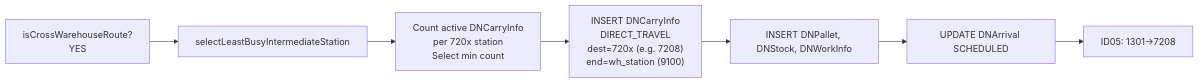
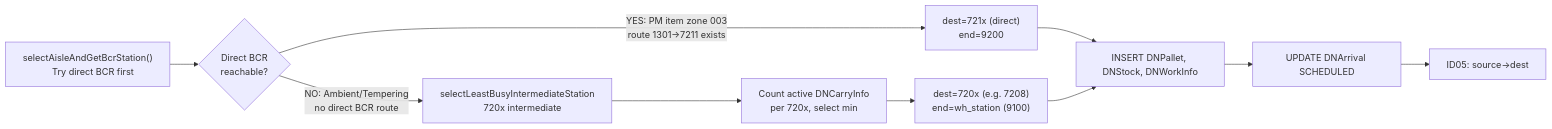
Before and after one commit to luthfiadityaa/SimeDarby-Wiki: the fifth of 14 diagrams in Basic-Design/DFD-WMS/Storage/Storage-Process.md, drawn with Mermaid. The commit also changed other lines of this file, not shown here.

```diff
--- a/Basic-Design/DFD-WMS/Storage/Storage-Process.md
+++ b/Basic-Design/DFD-WMS/Storage/Storage-Process.md
@@ -258,15 +276,20 @@
 ::: mermaid
 flowchart LR
-    A[isCrossWarehouseRoute?
-    YES] --> B[selectLeastBusyIntermediateStation]
-    B --> C[Count active DNCarryInfo
-    per 720x station
-    Select min count]
-    C --> D["INSERT DNCarryInfo
-    DIRECT_TRAVEL
-    dest=720x (e.g. 7208)
+    A["selectAisleAndGetBcrStation()
+    Try direct BCR first"] --> B{Direct BCR
+    reachable?}
+    B -->|YES: PM item zone 003
+    route 1301->7211 exists| C["dest=721x (direct)
+    end=9200"]
+    B -->|NO: Ambient/Tempering
+    no direct BCR route| D["selectLeastBusyIntermediateStation
+    720x intermediate"]
+    D --> E["Count active DNCarryInfo
+    per 720x, select min"]
+    E --> F["dest=720x (e.g. 7208)
     end=wh_station (9100)"]
-    D --> E[INSERT DNPallet, DNStock, DNWorkInfo]
-    E --> F[UPDATE DNArrival SCHEDULED]
-    F --> G["ID05: 1301->7208"]
+    C --> G[INSERT DNPallet, DNStock, DNWorkInfo]
+    F --> G
+    G --> H[UPDATE DNArrival SCHEDULED]
+    H --> I["ID05: source->dest"]
 :::
```
